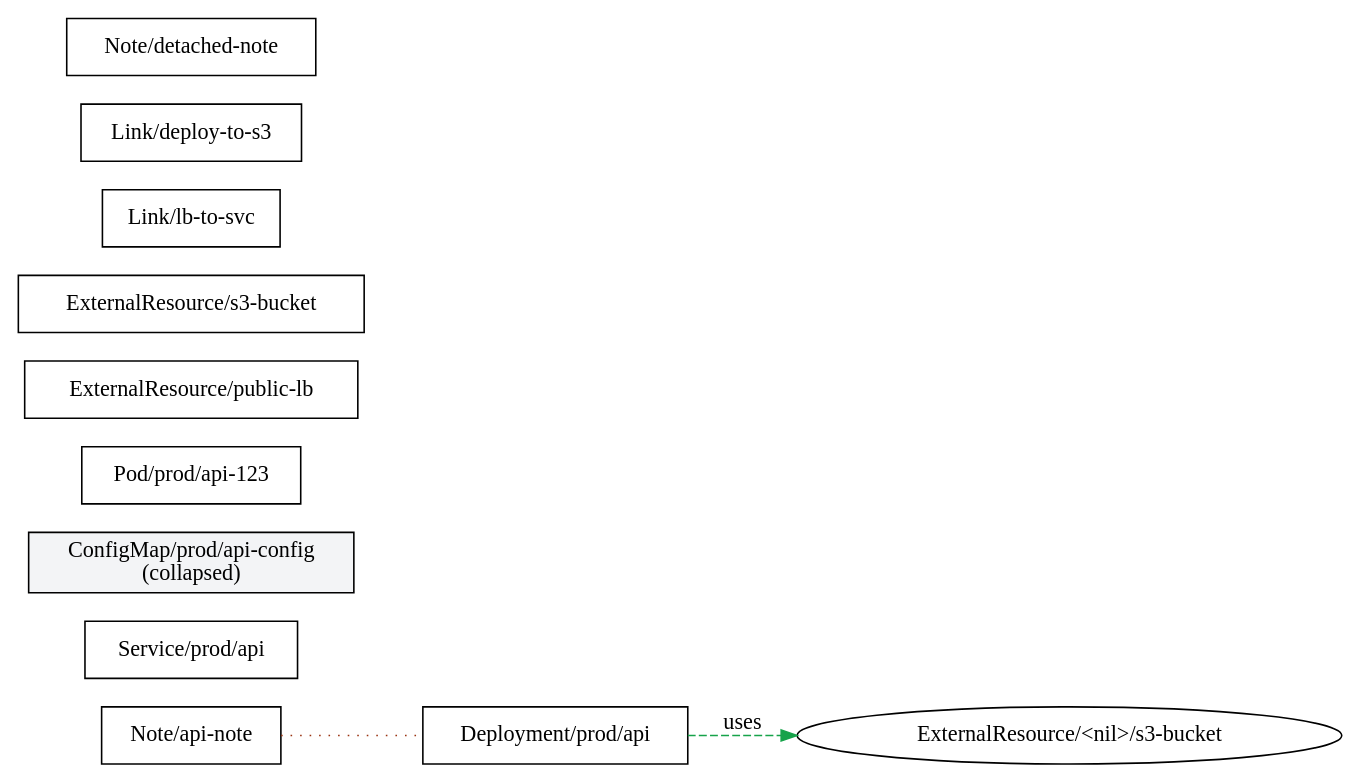
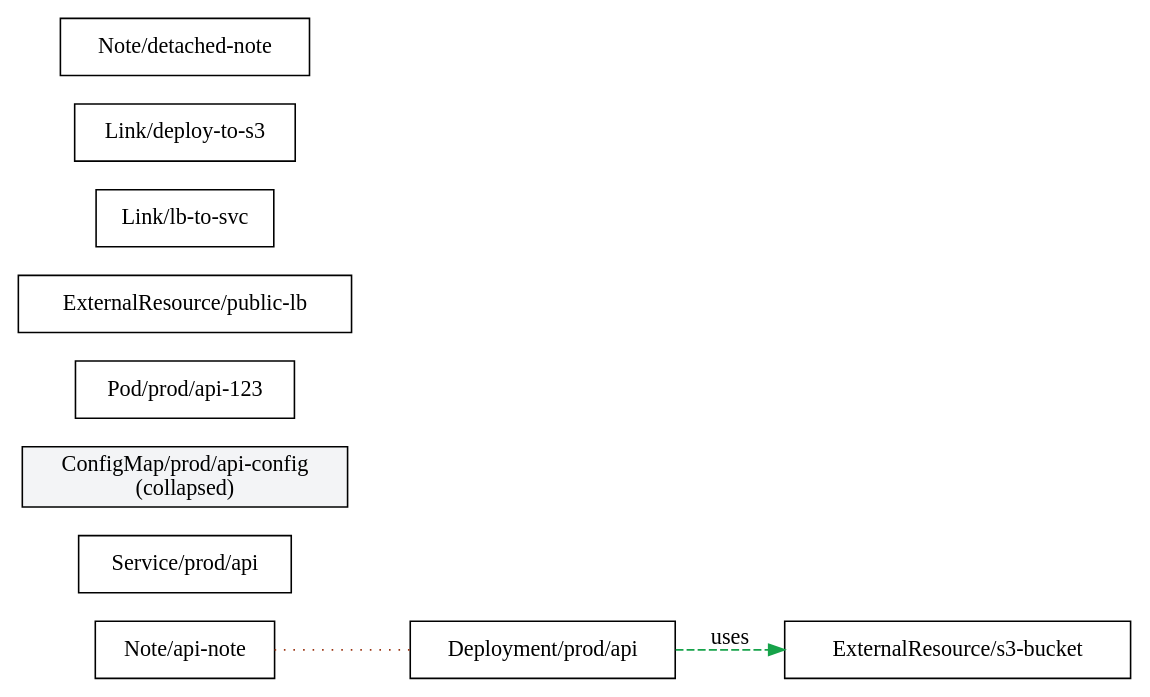
Before and after one commit to jseguillon/modarch: the diagram in outputs/iter4/frame-004.dot, drawn with Graphviz. The commit also changed 23 other files, not shown here.

Commit message:
Fix SVG frame divergence and stabilize graph rendering

```diff
--- a/outputs/iter4/frame-004.dot
+++ b/outputs/iter4/frame-004.dot
@@ -1,15 +1,15 @@
 digraph modarch {
   rankdir=LR;
   "Deployment/prod/api" [shape=box label="Deployment/prod/api"];
   "Service/prod/api" [shape=box label="Service/prod/api"];
   "ConfigMap/prod/api-config" [shape=box style=filled fillcolor="#f3f4f6" label="ConfigMap/prod/api-config\n(collapsed)"];
   "Pod/prod/api-123" [shape=box label="Pod/prod/api-123"];
   "ExternalResource/public-lb" [shape=box label="ExternalResource/public-lb"];
   "ExternalResource/s3-bucket" [shape=box label="ExternalResource/s3-bucket"];
   "Link/lb-to-svc" [shape=box label="Link/lb-to-svc"];
   "Link/deploy-to-s3" [shape=box label="Link/deploy-to-s3"];
   "Note/api-note" [shape=box label="Note/api-note"];
   "Note/detached-note" [shape=box label="Note/detached-note"];
-  "Deployment/prod/api" -> "ExternalResource/<nil>/s3-bucket" [color="#16a34a",label="uses",style="dashed"];
+  "Deployment/prod/api" -> "ExternalResource/s3-bucket" [color="#16a34a",label="uses",style="dashed"];
   "Note/api-note" -> "Deployment/prod/api" [arrowhead="none",color="#9a3412",style="dotted"];
 }
```
